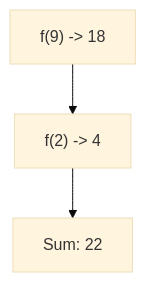
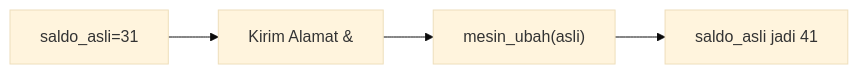
One commit to amnahwaida/OSNK_INF_PREP changed the eighth of 25 diagrams in part-c-pemahaman-cpp/04-fungsi/latihan/set-11.md. Above: the diagram before and after it, drawn with Mermaid (base theme). The commit also changed other lines of this file and 71 other files, not shown here.

````diff
--- a/part-c-pemahaman-cpp/04-fungsi/latihan/set-11.md
+++ b/part-c-pemahaman-cpp/04-fungsi/latihan/set-11.md
@@ -209,5 +217,6 @@
 ```mermaid
-graph TD
-A["f(9) -> 18"] --> B["f(2) -> 4"]
-B --> C["Sum: 22"]
+graph LR
+A["saldo_asli=31"] --> B["Kirim Alamat &"]
+B --> C["mesin_ubah(asli)"]
+C --> D["saldo_asli jadi 41"]
 ```
````
